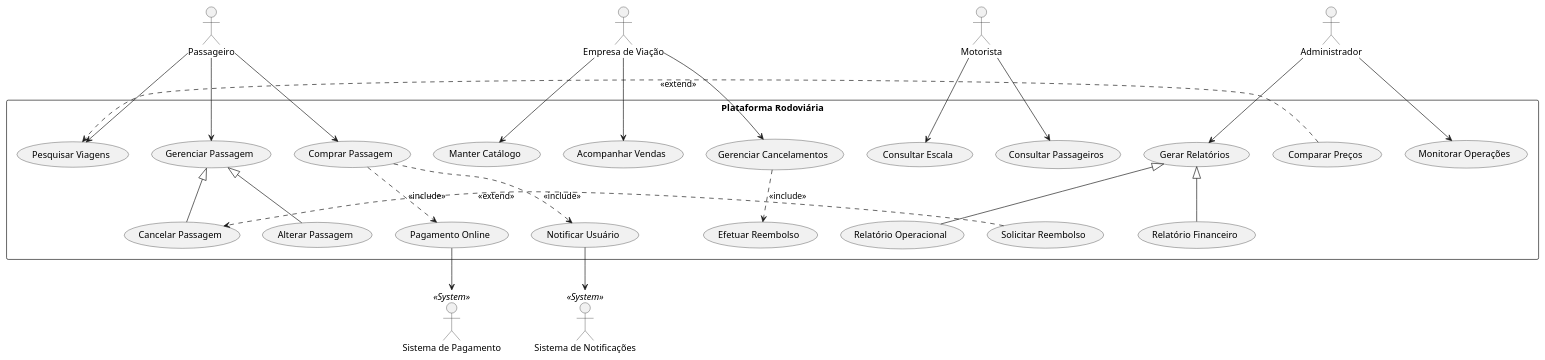
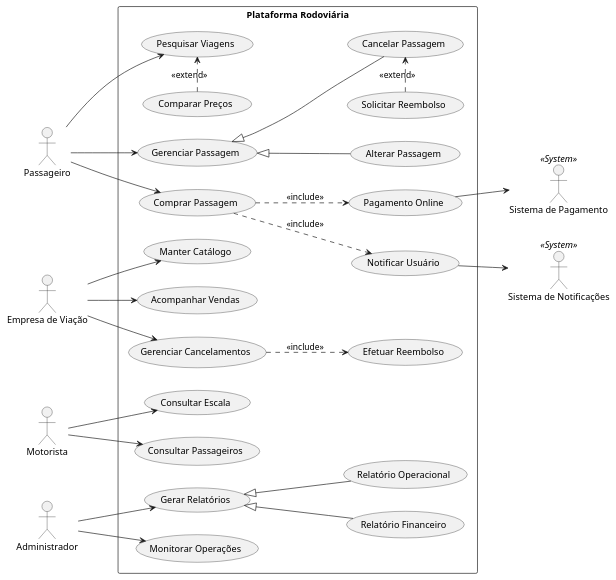
One commit to RaFeltrim/usp-apoo-2026 changed the diagram in Tópico 4 - Especificacao de Requisitos e Casos de Uso/Entregas/Atividade - Casos de Uso/RESPOSTAS.md. Above: the diagram before and after it, drawn with PlantUML.

Commit message:
fix: reverte para left to right no plantuml

````diff
--- a/Tópico 4 - Especificacao de Requisitos e Casos de Uso/Entregas/Atividade - Casos de Uso/RESPOSTAS.md
+++ b/Tópico 4 - Especificacao de Requisitos e Casos de Uso/Entregas/Atividade - Casos de Uso/RESPOSTAS.md
@@ -67,73 +67,72 @@
 ```plantuml
 @startuml
-top to bottom direction
+left to right direction
 
 actor Passageiro
 actor "Empresa de Viação" as Viacao
 actor Motorista
-actor "Administrador" as Admin
+actor Administrador
 
 actor "Sistema de Pagamento" as Pagamento <<System>>
 actor "Sistema de Notificações" as Notificacao <<System>>
 
 rectangle "Plataforma Rodoviária" {
   
   usecase "Pesquisar Viagens" as UC1
   usecase "Comparar Preços" as UC2
   usecase "Comprar Passagem" as UC3
   usecase "Gerenciar Passagem" as UC4
   usecase "Cancelar Passagem" as UC5
   usecase "Alterar Passagem" as UC6
   usecase "Solicitar Reembolso" as UC7
   
   usecase "Manter Catálogo" as UC8
   usecase "Acompanhar Vendas" as UC9
   usecase "Gerenciar Cancelamentos" as UC10
   usecase "Efetuar Reembolso" as UC11
   
   usecase "Consultar Escala" as UC12
   usecase "Consultar Passageiros" as UC13
   
   usecase "Monitorar Operações" as UC14
   usecase "Gerar Relatórios" as UC15
   usecase "Relatório Financeiro" as UC16
   usecase "Relatório Operacional" as UC17
   
   usecase "Pagamento Online" as UC18
   usecase "Notificar Usuário" as UC19
 }
 
 Passageiro --> UC1
 Passageiro --> UC3
 Passageiro --> UC4
 
 Viacao --> UC8
 Viacao --> UC9
 Viacao --> UC10
 
 Motorista --> UC12
 Motorista --> UC13
 
-Admin --> UC14
-Admin --> UC15
+Administrador --> UC14
+Administrador --> UC15
 
-' Relações dos Atores Externos
-UC18 --> Pagamento
-UC19 --> Notificacao
-
-' Extend e Include
+' Relacionamentos
 UC2 .> UC1 : <<extend>>
 UC7 .> UC5 : <<extend>>
 
 UC3 ..> UC18 : <<include>>
 UC3 ..> UC19 : <<include>>
 UC10 ..> UC11 : <<include>>
 
-' Heranças
 UC5 -up-|> UC4
 UC6 -up-|> UC4
 
 UC16 -up-|> UC15
 UC17 -up-|> UC15
+
+UC18 --> Pagamento
+UC19 --> Notificacao
+
 @enduml
 ```
````
